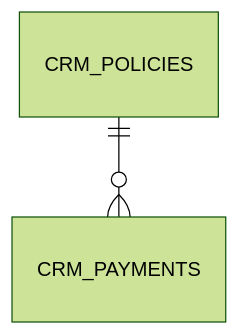
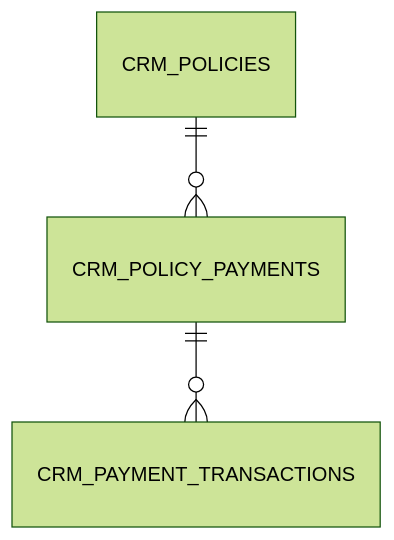
One commit to arhipvp/CRM_2.0 changed the third of 7 diagrams in docs/data-model.md. Above: the diagram before and after it, drawn with Mermaid (forest theme). The commit also changed other lines of this file and 10 other files, not shown here.

````diff
--- a/docs/data-model.md
+++ b/docs/data-model.md
@@ -83,4 +83,5 @@
 ```mermaid
 erDiagram
-    CRM_POLICIES ||--o{ CRM_PAYMENTS : ""
+    CRM_POLICIES ||--o{ CRM_POLICY_PAYMENTS : ""
+    CRM_POLICY_PAYMENTS ||--o{ CRM_PAYMENT_TRANSACTIONS : ""
 ```
````
